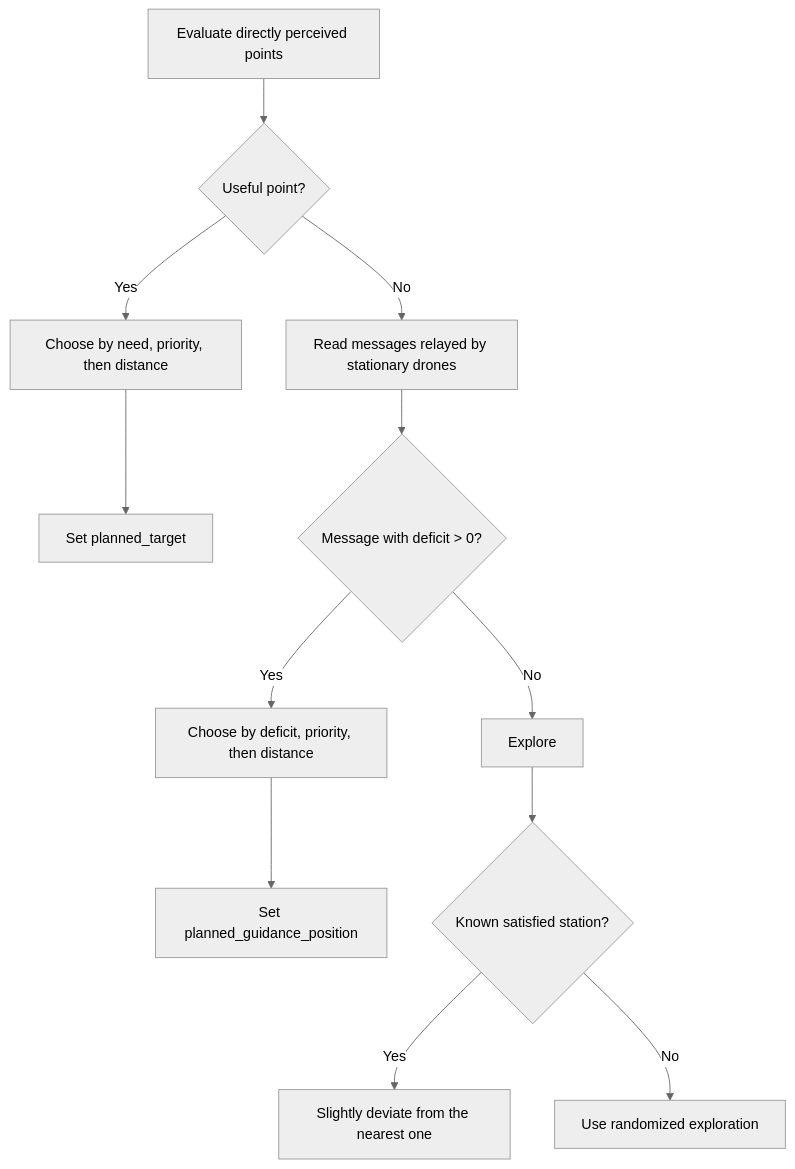
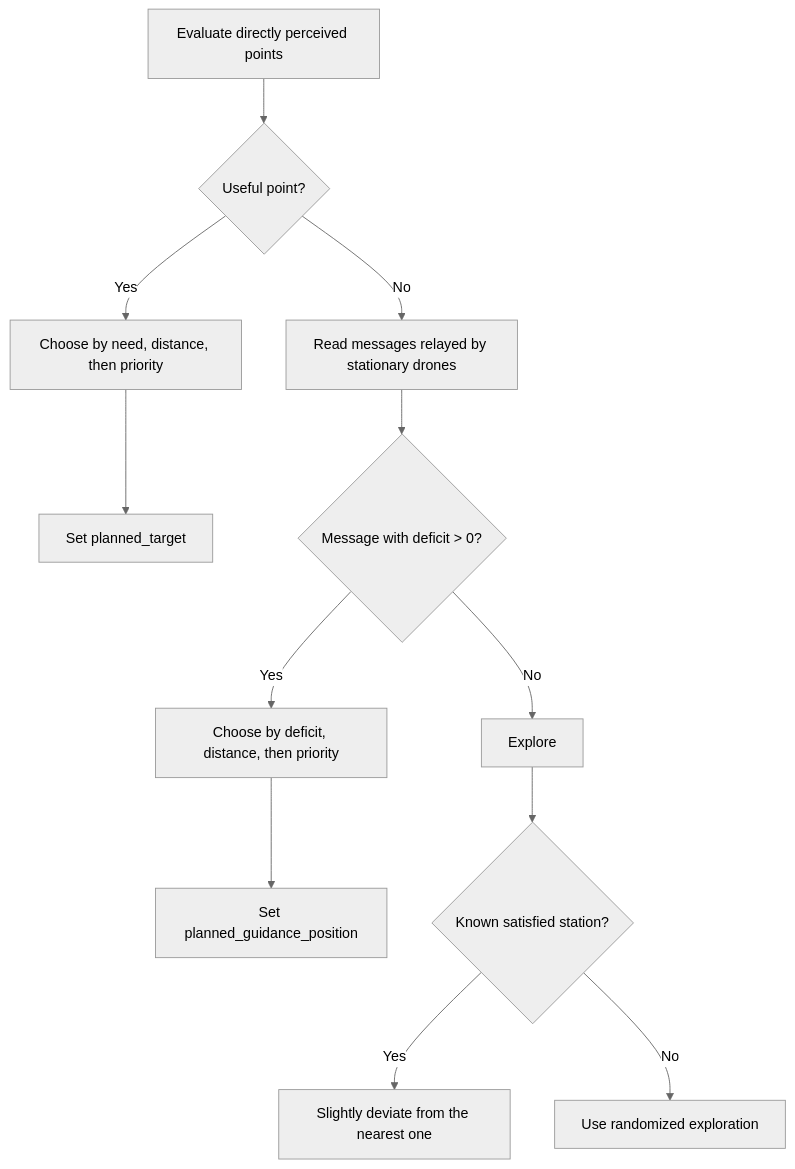
The second of 2 diagrams in README.md (Laud15/adaptive-coverage-simulation), drawn with Mermaid (neutral theme) before and after one commit. The commit also changed other lines of this file and 1 other file, not shown here.

Commit message:
feat: prioritize station distance in quadcopter target ranking

````diff
--- a/README.md
+++ b/README.md
@@ -277,14 +277,14 @@
 ```mermaid
 flowchart TD
     A["Evaluate directly perceived points"] --> B{"Useful point?"}
-    B -- Yes --> C["Choose by need, priority, then distance"]
+    B -- Yes --> C["Choose by need, distance, then priority"]
     C --> D["Set planned_target"]
     B -- No --> E["Read messages relayed by stationary drones"]
     E --> F{"Message with deficit > 0?"}
-    F -- Yes --> G["Choose by deficit, priority, then distance"]
+    F -- Yes --> G["Choose by deficit, distance, then priority"]
     G --> H["Set planned_guidance_position"]
     F -- No --> I["Explore"]
     I --> J{"Known satisfied station?"}
     J -- Yes --> K["Slightly deviate from the nearest one"]
     J -- No --> L["Use randomized exploration"]
 ```
````
